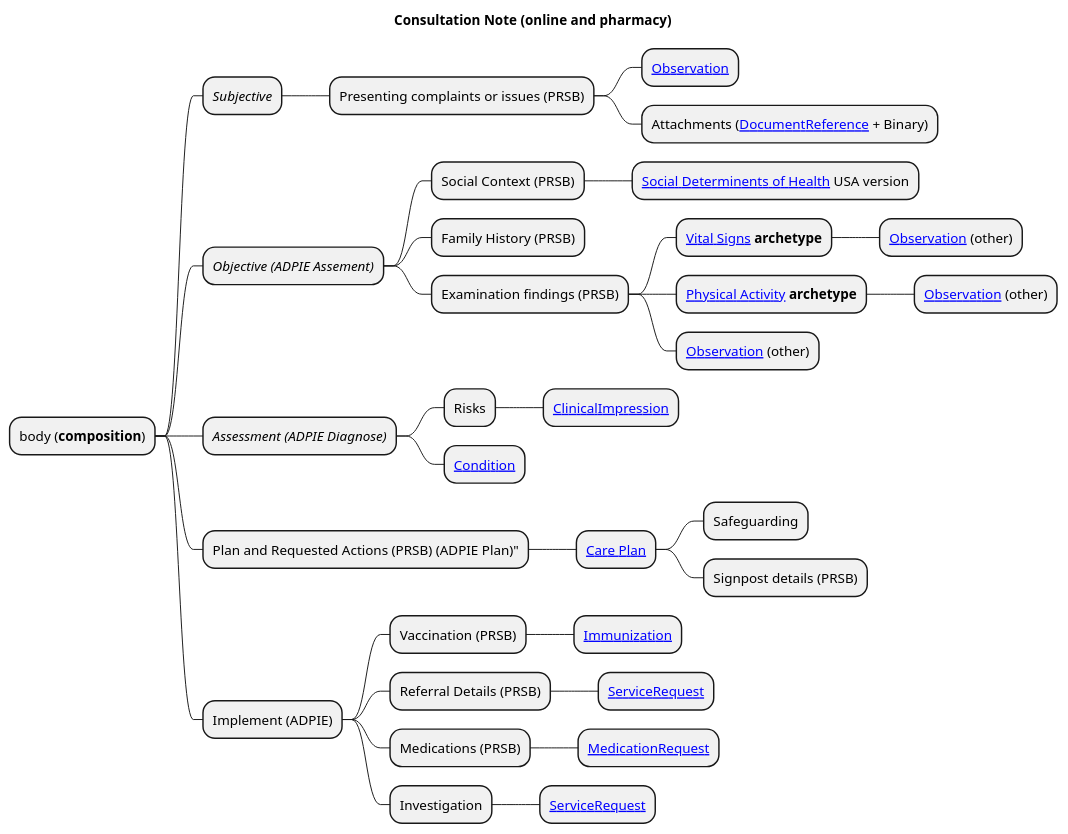
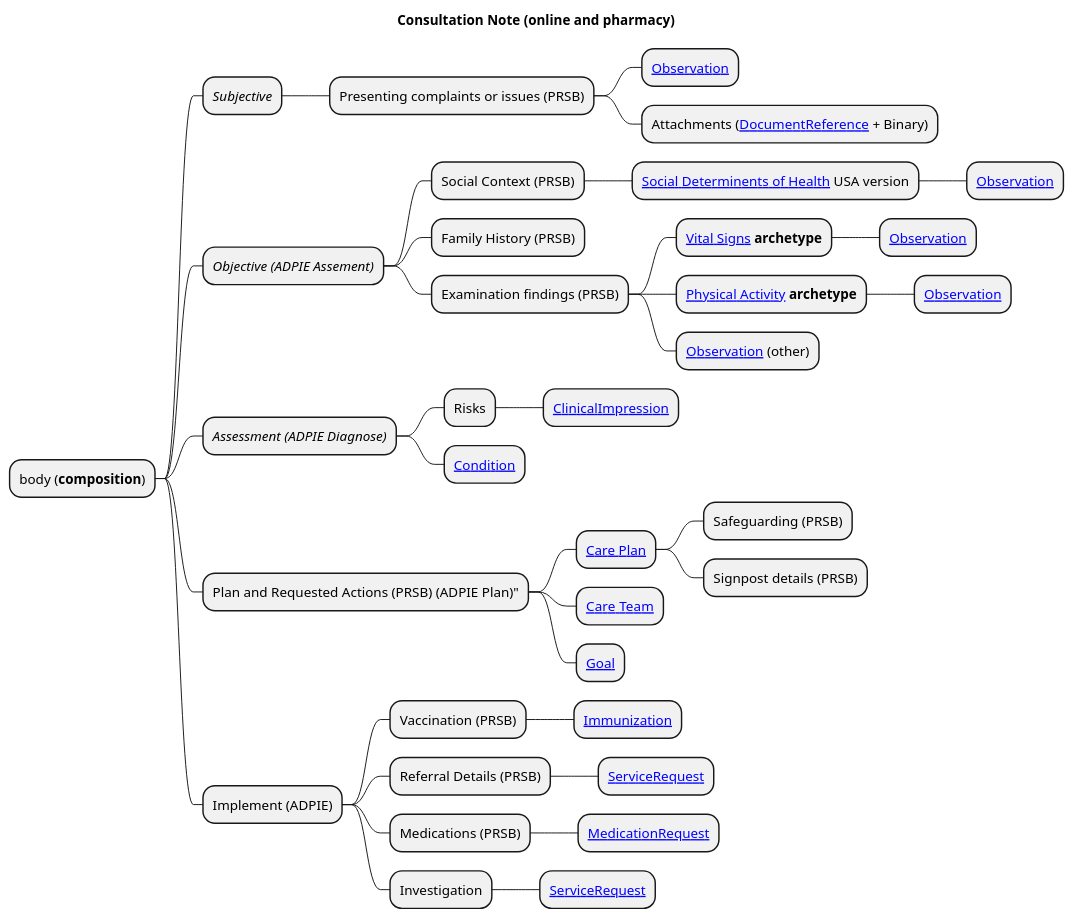
One commit to Virtually-Healthcare/virtually-healthcare.github.com changed the diagram in input/images-source/consultation-note-mindmap.plantuml. Above: the diagram before and after it, drawn with PlantUML.

Commit message:
Added procedure

```diff
--- a/input/images-source/consultation-note-mindmap.plantuml
+++ b/input/images-source/consultation-note-mindmap.plantuml
@@ -1,38 +1,41 @@
 @startmindmap
 
 title "Consultation Note (online and pharmacy)"
 
 * body (**composition**)
 ** <i>Subjective</i>
 *** Presenting complaints or issues (PRSB)
 **** [[StructureDefinition-Observation.html Observation]]
 **** Attachments ([[StructureDefinition-DocumentReference.html DocumentReference]] + Binary)
 ** <i>Objective (ADPIE Assement)</i>
 *** Social Context (PRSB)
 **** [[https://build.fhir.org/ig/HL7/fhir-sdoh-clinicalcare/ Social Determinents of Health]] USA version
+***** [[StructureDefinition-Observation.html Observation]]
 *** Family History (PRSB)
 *** Examination findings (PRSB)
 **** [[assessments-and-observations.html#vital-signs Vital Signs]] <b>archetype</b>
-***** [[StructureDefinition-Observation.html Observation]] (other)
+***** [[StructureDefinition-Observation.html Observation]]
 **** [[assessments-and-observations.html#daily-physical-activity Physical Activity]] <b>archetype</b>
-***** [[StructureDefinition-Observation.html Observation]] (other)
+***** [[StructureDefinition-Observation.html Observation]]
 **** [[StructureDefinition-Observation.html Observation]] (other)
 ** <i>Assessment (ADPIE Diagnose)</i>
 *** Risks
 **** [[StructureDefinition-ClinicalImpression.html ClinicalImpression]]
 *** [[StructureDefinition-Condition.html Condition]]
 ** Plan and Requested Actions (PRSB) (ADPIE Plan)"
 *** [[StructureDefinition-CarePlan.html Care Plan]]
-**** Safeguarding
+**** Safeguarding (PRSB)
 **** Signpost details (PRSB)
+*** [[StructureDefinition-CareTeam.html Care Team]]
+*** [[StructureDefinition-Goal.html Goal]]
 ** Implement (ADPIE)
 *** Vaccination (PRSB)
 **** [[StructureDefinition-Immunization.html Immunization]]
 *** Referral Details (PRSB)
 **** [[StructureDefinition-ServiceRequest.html ServiceRequest]]
 *** Medications (PRSB)
 **** [[StructureDefinition-MedicationRequest.html MedicationRequest]]
 *** Investigation
 **** [[StructureDefinition-ServiceRequest.html ServiceRequest]]
 
 @endmindmap
```
